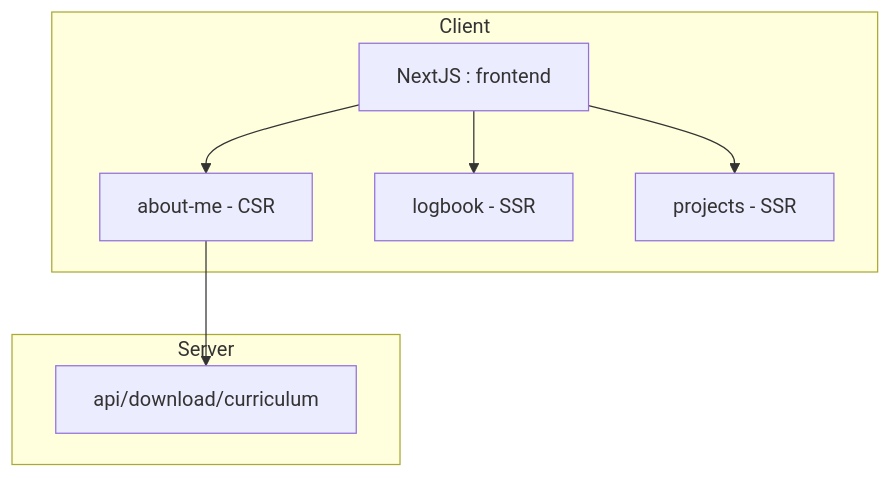
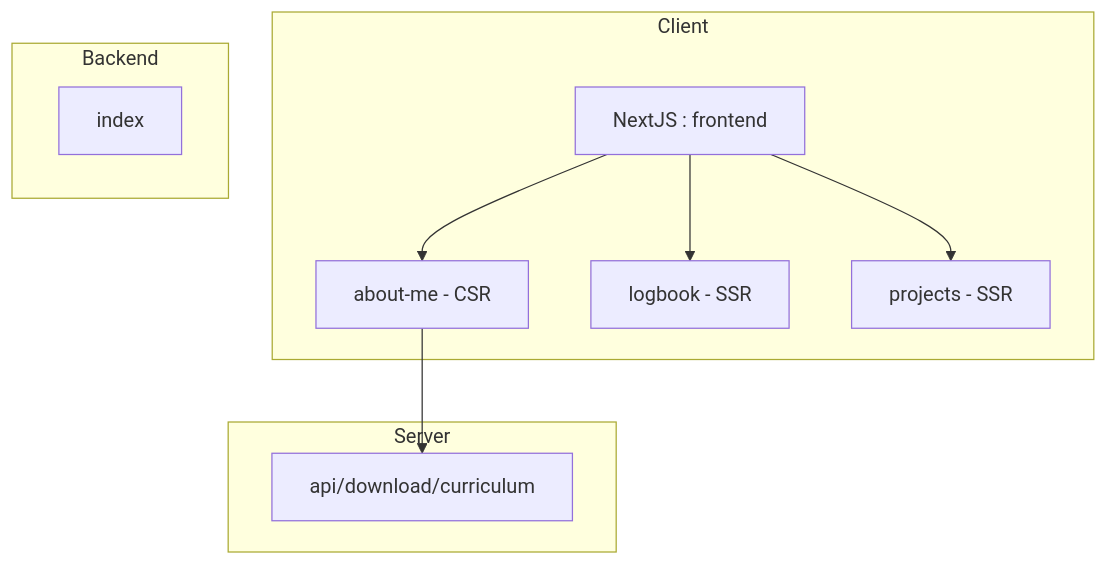
The diagram in README.md (Stephane-Pires/caravel), drawn with Mermaid before and after one commit. The commit also changed 4 other files, not shown here.

````diff
--- a/README.md
+++ b/README.md
@@ -71,14 +71,18 @@
 ```mermaid
 graph TD;
     subgraph Client
         A[NextJS : frontend] --> B[about-me - CSR]
         A --> D[logbook - SSR]
         A --> E[projects - SSR]
     end
 
     subgraph Server
         C[api/download/curriculum]
     end
 
+    subgraph Backend
+        F[index]
+    end
+
     B --> C
 ```
````
